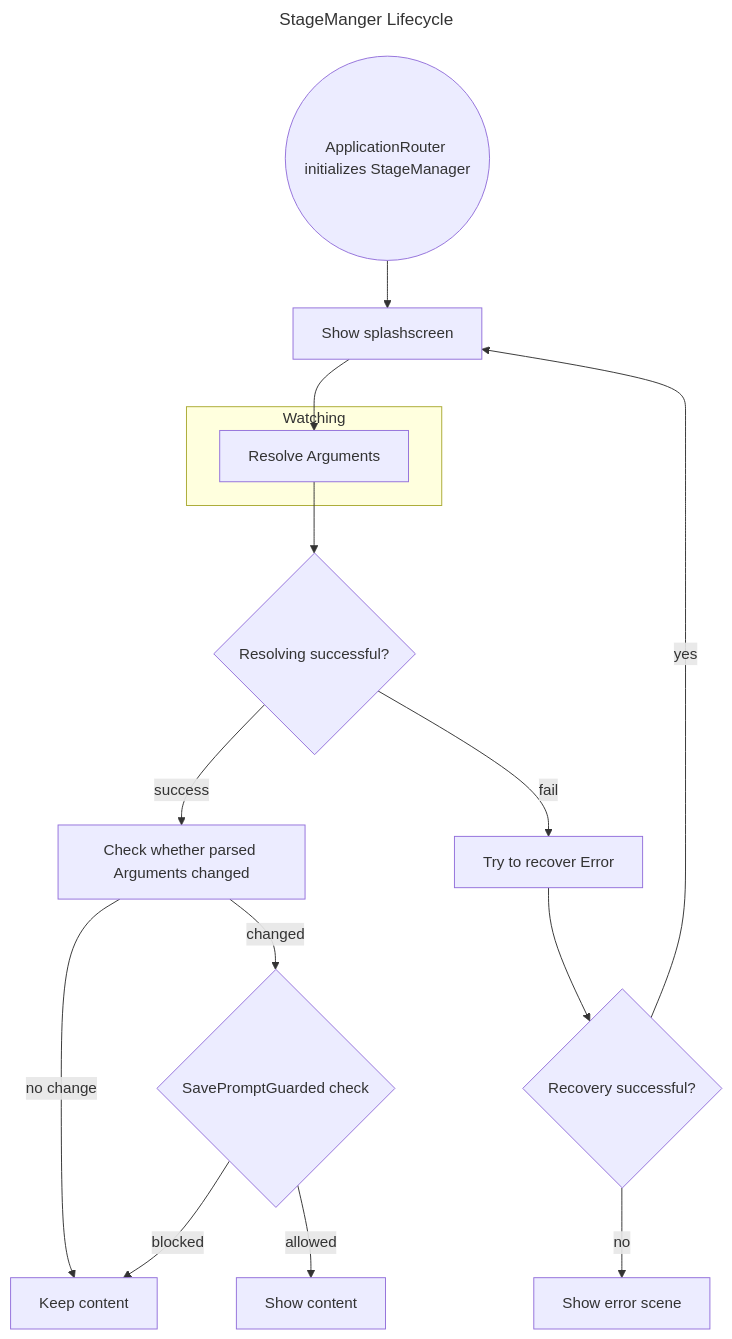
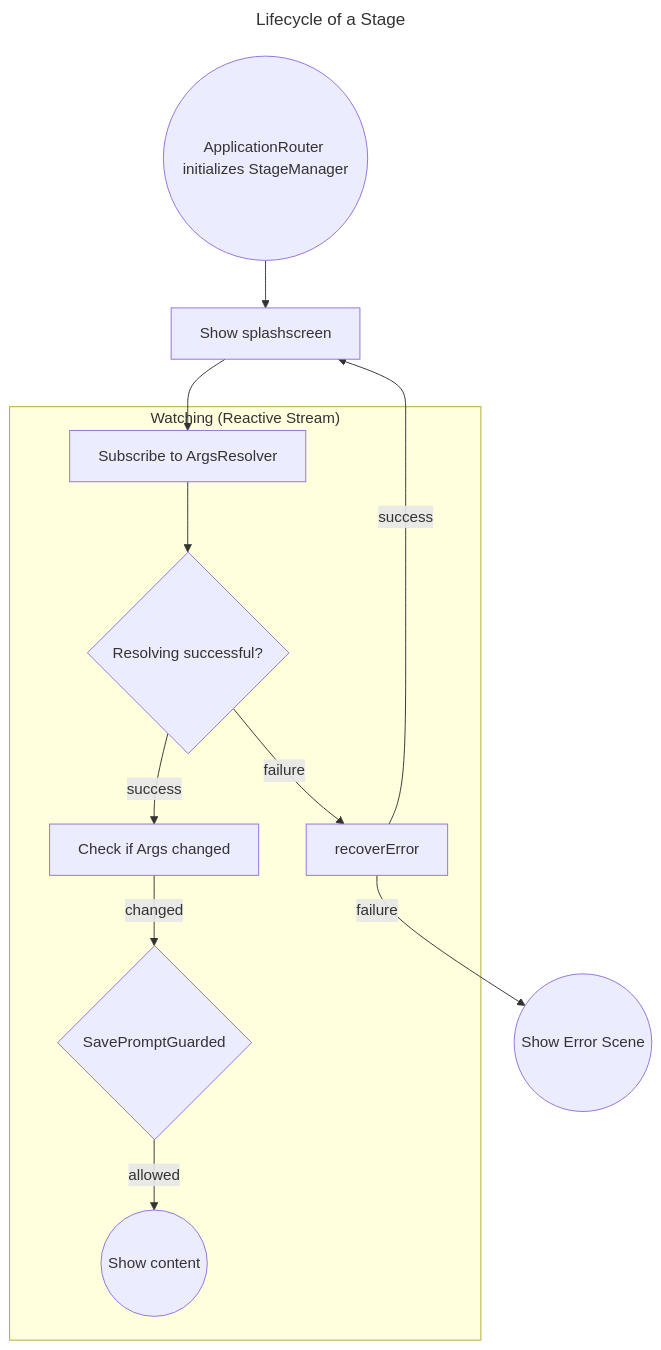
Before and after one commit to stefan-niedermann/nextcloud-deck: the diagram in app/javafx/src/main/java/it/niedermann/nextcloud/deck/javafx/ui/stages/README.md, drawn with Mermaid. The commit also changed other lines of this file, not shown here.

Commit message:
docs: Update flowchart of a stages lifecycle

````diff
--- a/app/javafx/src/main/java/it/niedermann/nextcloud/deck/javafx/ui/stages/README.md
+++ b/app/javafx/src/main/java/it/niedermann/nextcloud/deck/javafx/ui/stages/README.md
@@ -19,24 +1,21 @@
 ```mermaid
 ---
-title: StageManger Lifecycle
+title: Lifecycle of a Stage
 ---
 flowchart TD
-    n0((ApplicationRouter initializes StageManager)) --> n1[Show splashscreen]
-    n1 --> n2[Resolve Arguments]
-    n2 --> n3{Resolving successful?}
-    n3 -- success --> n4[Check whether parsed Arguments changed]
-    n3 -- fail --> n5[Try to recover Error]
+    initializing((ApplicationRouter initializes StageManager)) --> loading[Show splashscreen]
+    loading --> resolving[Subscribe to ArgsResolver]
     
-    n5 --> n6{Recovery successful?}
-    n6 -- yes --> n1
-    n6 -- no --> n7[Show error scene]
+    subgraph Watching ["Watching (Reactive Stream)"]
+        resolving --> resolved{Resolving successful?}
+        resolved -- success --> detectingchanges[Check if Args changed]
+        resolved -- failure --> recovering[recoverError]
     
-    n4 -- no change --> n8[Keep content]
-    n4 -- changed --> n9{SavePromptGuarded check}
-    n9 -- allowed --> n10[Show content]
-    n9 -- blocked --> n8
+        detectingchanges -- changed --> savepromptevaulation{SavePromptGuarded}
     
-    subgraph Watching
-        n2
+        savepromptevaulation -- allowed --> showcontent((Show content))
     end
+    
+    recovering -- success --> loading
+    recovering -- failure --> stopped((Show Error Scene))
 ```
````
